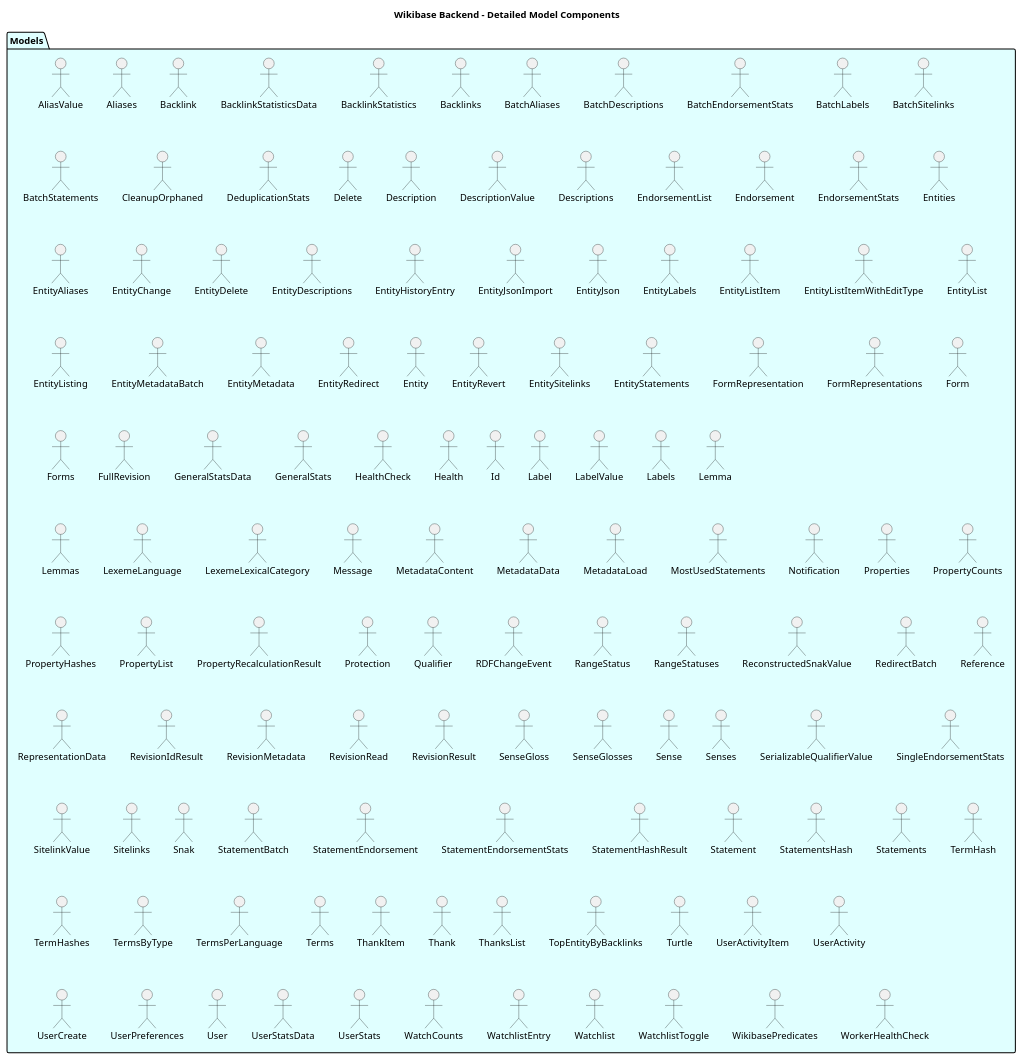
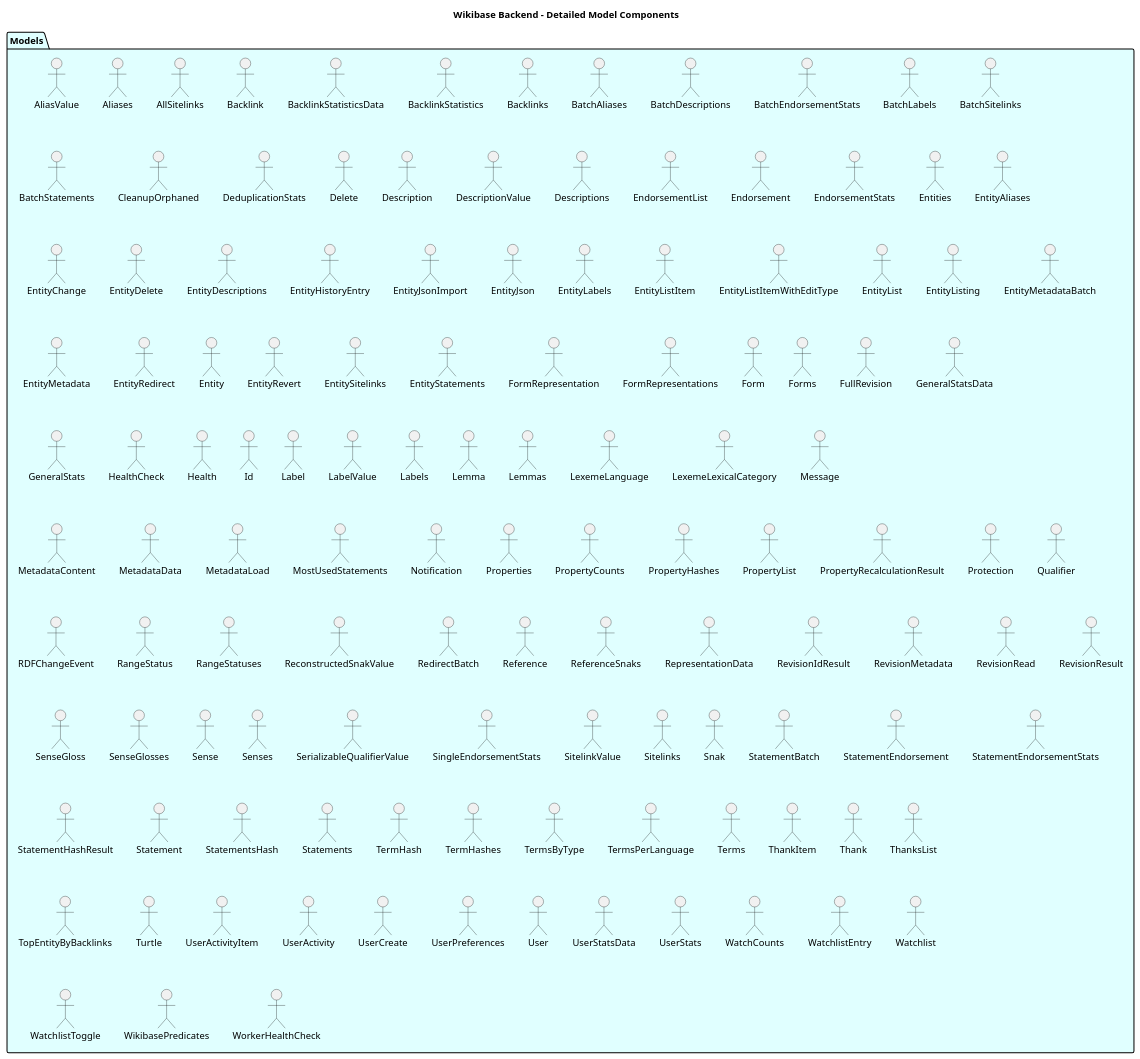
One commit to dpriskorn/entitybase-backend changed the diagram in docs/DIAGRAMS/detailed_model_components.puml. Above: the diagram before and after it, drawn with PlantUML. The commit also changed 39 other files, not shown here.

```diff
--- a/docs/DIAGRAMS/detailed_model_components.puml
+++ b/docs/DIAGRAMS/detailed_model_components.puml
@@ -1,129 +1,131 @@
 @startuml Detailed Model Components
 
 title Wikibase Backend - Detailed Model Components
 
 package "Models" as Models #LightCyan {
     "AliasValue" as AliasValue
     "Aliases" as AliasesResponse
+    "AllSitelinks" as AllSitelinksResponse
     "Backlink" as BacklinkResponse
     "BacklinkStatisticsData" as BacklinkStatisticsData
     "BacklinkStatistics" as BacklinkStatisticsResponse
     "Backlinks" as BacklinksResponse
     "BatchAliases" as BatchAliasesResponse
     "BatchDescriptions" as BatchDescriptionsResponse
     "BatchEndorsementStats" as BatchEndorsementStatsResponse
     "BatchLabels" as BatchLabelsResponse
     "BatchSitelinks" as BatchSitelinksResponse
     "BatchStatements" as BatchStatementsResponse
     "CleanupOrphaned" as CleanupOrphanedResponse
     "DeduplicationStats" as DeduplicationStatsResponse
     "Delete" as DeleteResponse
     "Description" as DescriptionResponse
     "DescriptionValue" as DescriptionValue
     "Descriptions" as DescriptionsResponse
     "EndorsementList" as EndorsementListResponse
     "Endorsement" as EndorsementResponse
     "EndorsementStats" as EndorsementStatsResponse
     "Entities" as EntitiesResponse
     "EntityAliases" as EntityAliasesResponse
     "EntityChange" as EntityChange
     "EntityDelete" as EntityDeleteResponse
     "EntityDescriptions" as EntityDescriptionsResponse
     "EntityHistoryEntry" as EntityHistoryEntry
     "EntityJsonImport" as EntityJsonImportResponse
     "EntityJson" as EntityJsonResponse
     "EntityLabels" as EntityLabelsResponse
     "EntityListItem" as EntityListItem
     "EntityListItemWithEditType" as EntityListItemWithEditType
     "EntityList" as EntityListResponse
     "EntityListing" as EntityListing
     "EntityMetadataBatch" as EntityMetadataBatchResponse
     "EntityMetadata" as EntityMetadataResponse
     "EntityRedirect" as EntityRedirectResponse
     "Entity" as EntityResponse
     "EntityRevert" as EntityRevertResponse
     "EntitySitelinks" as EntitySitelinksResponse
     "EntityStatements" as EntityStatementsResponse
     "FormRepresentation" as FormRepresentationResponse
     "FormRepresentations" as FormRepresentationsResponse
     "Form" as FormResponse
     "Forms" as FormsResponse
     "FullRevision" as FullRevisionResponse
     "GeneralStatsData" as GeneralStatsData
     "GeneralStats" as GeneralStatsResponse
     "HealthCheck" as HealthCheckResponse
     "Health" as HealthResponse
     "Id" as IdResponse
     "Label" as LabelResponse
     "LabelValue" as LabelValue
     "Labels" as LabelsResponse
     "Lemma" as LemmaResponse
     "Lemmas" as LemmasResponse
     "LexemeLanguage" as LexemeLanguageResponse
     "LexemeLexicalCategory" as LexemeLexicalCategoryResponse
     "Message" as MessageResponse
     "MetadataContent" as MetadataContent
     "MetadataData" as MetadataData
     "MetadataLoad" as MetadataLoadResponse
     "MostUsedStatements" as MostUsedStatementsResponse
     "Notification" as NotificationResponse
     "Properties" as PropertiesResponse
     "PropertyCounts" as PropertyCountsResponse
     "PropertyHashes" as PropertyHashesResponse
     "PropertyList" as PropertyListResponse
     "PropertyRecalculationResult" as PropertyRecalculationResult
     "Protection" as ProtectionResponse
     "Qualifier" as QualifierResponse
     "RDFChangeEvent" as RDFChangeEvent
     "RangeStatus" as RangeStatus
     "RangeStatuses" as RangeStatuses
     "ReconstructedSnakValue" as ReconstructedSnakValue
     "RedirectBatch" as RedirectBatchResponse
     "Reference" as ReferenceResponse
+    "ReferenceSnaks" as ReferenceSnaks
     "RepresentationData" as RepresentationData
     "RevisionIdResult" as RevisionIdResult
     "RevisionMetadata" as RevisionMetadataResponse
     "RevisionRead" as RevisionReadResponse
     "RevisionResult" as RevisionResult
     "SenseGloss" as SenseGlossResponse
     "SenseGlosses" as SenseGlossesResponse
     "Sense" as SenseResponse
     "Senses" as SensesResponse
     "SerializableQualifierValue" as SerializableQualifierValue
     "SingleEndorsementStats" as SingleEndorsementStatsResponse
     "SitelinkValue" as SitelinkValue
     "Sitelinks" as SitelinksResponse
     "Snak" as SnakResponse
     "StatementBatch" as StatementBatchResponse
     "StatementEndorsement" as StatementEndorsementResponse
     "StatementEndorsementStats" as StatementEndorsementStats
     "StatementHashResult" as StatementHashResult
     "Statement" as StatementResponse
     "StatementsHash" as StatementsHashResponse
     "Statements" as StatementsResponse
     "TermHash" as TermHashResponse
     "TermHashes" as TermHashesResponse
     "TermsByType" as TermsByType
     "TermsPerLanguage" as TermsPerLanguage
     "Terms" as TermsResponse
     "ThankItem" as ThankItemResponse
     "Thank" as ThankResponse
     "ThanksList" as ThanksListResponse
     "TopEntityByBacklinks" as TopEntityByBacklinks
     "Turtle" as TurtleResponse
     "UserActivityItem" as UserActivityItemResponse
     "UserActivity" as UserActivityResponse
     "UserCreate" as UserCreateResponse
     "UserPreferences" as UserPreferencesResponse
     "User" as UserResponse
     "UserStatsData" as UserStatsData
     "UserStats" as UserStatsResponse
     "WatchCounts" as WatchCounts
     "WatchlistEntry" as WatchlistEntryResponse
     "Watchlist" as WatchlistResponse
     "WatchlistToggle" as WatchlistToggleResponse
     "WikibasePredicates" as WikibasePredicatesResponse
     "WorkerHealthCheck" as WorkerHealthCheckResponse
 }
 
 @enduml
```
